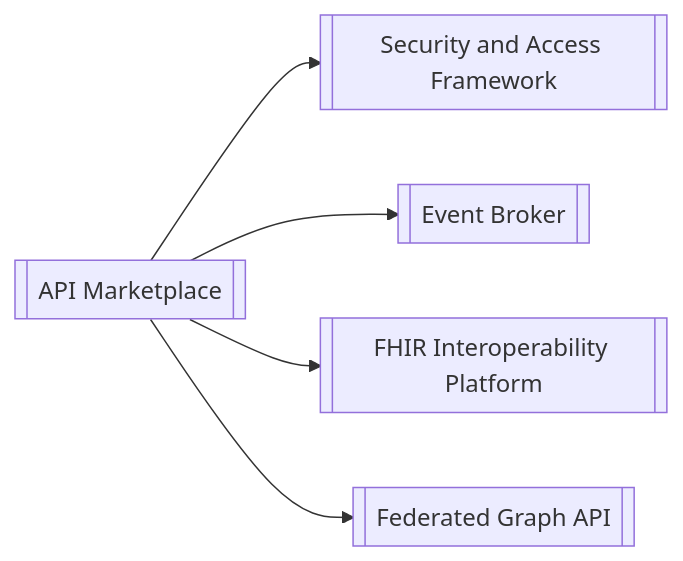
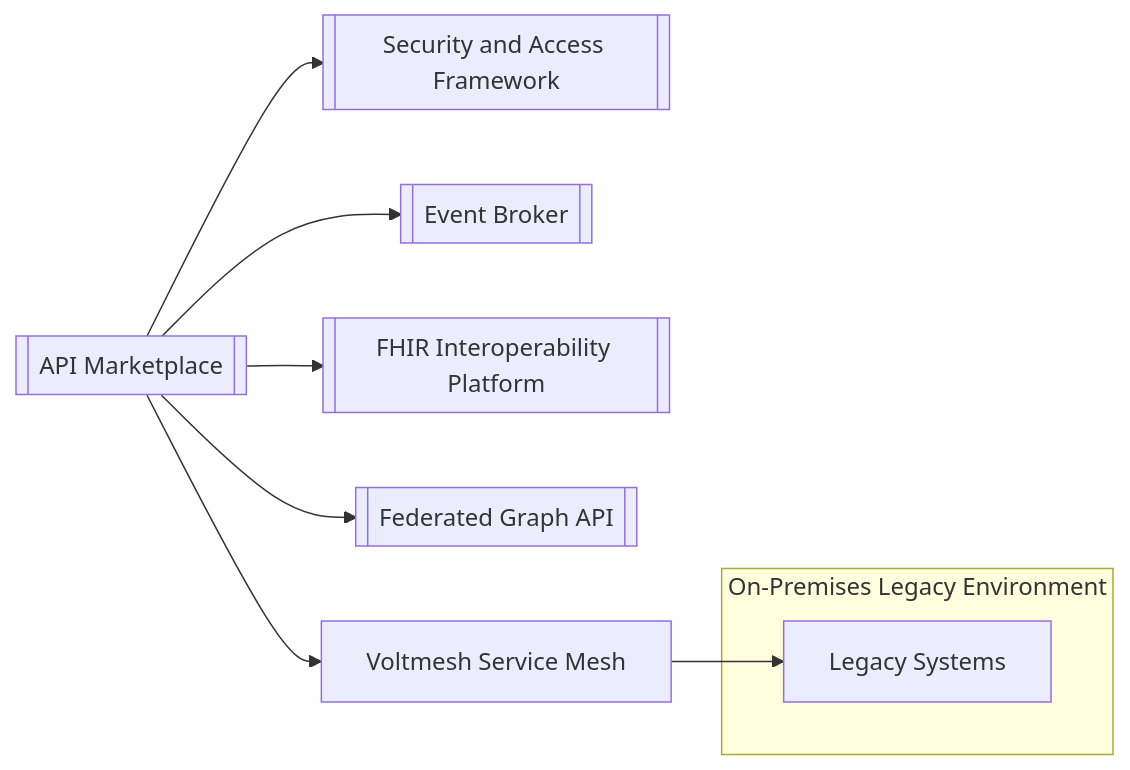
Before and after one commit to ryan-norman-cmm/cmm-reference-architecture: the third of 3 diagrams in docs/architecture/core_components/api-marketplace/01-getting-started/architecture.md, drawn with Mermaid. The commit also changed other lines of this file and 1 other file, not shown here.

Commit message:
Adds architecture for Voltmesh

````diff
--- a/docs/architecture/core_components/api-marketplace/01-getting-started/architecture.md
+++ b/docs/architecture/core_components/api-marketplace/01-getting-started/architecture.md
@@ -188,7 +200,12 @@
 ```mermaid
 graph LR
     A[[API Marketplace]] --> B[[Security and Access Framework]]
     A --> C[[Event Broker]]
     A --> D[[FHIR Interoperability Platform]]
     A --> E[[Federated Graph API]]
+    A --> F[Voltmesh Service Mesh]
+    F --> G[Legacy Systems]
+    subgraph "On-Premises Legacy Environment"
+    G
+    end
 ```
````
